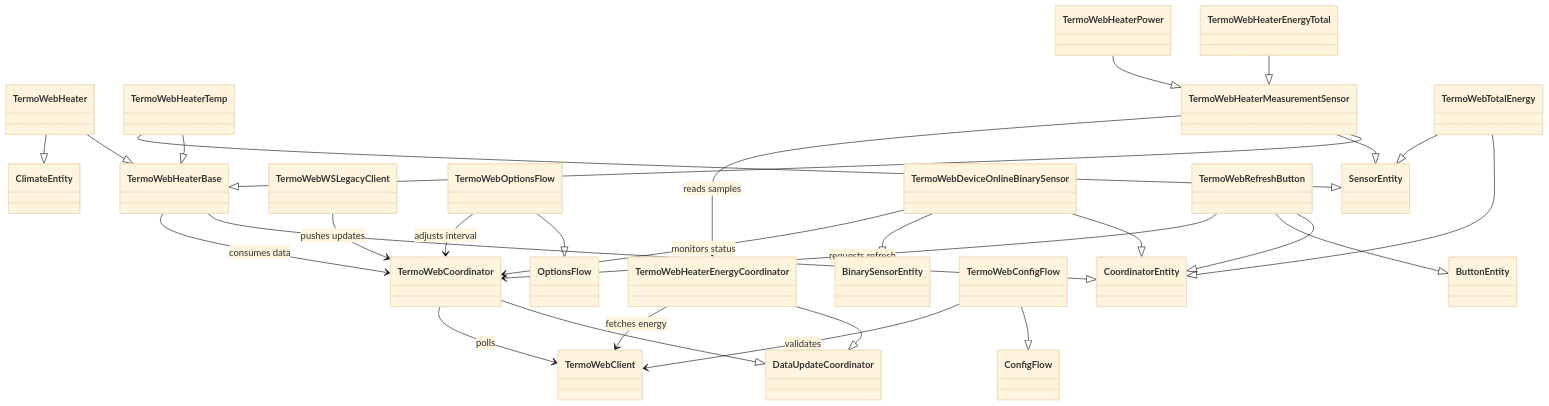
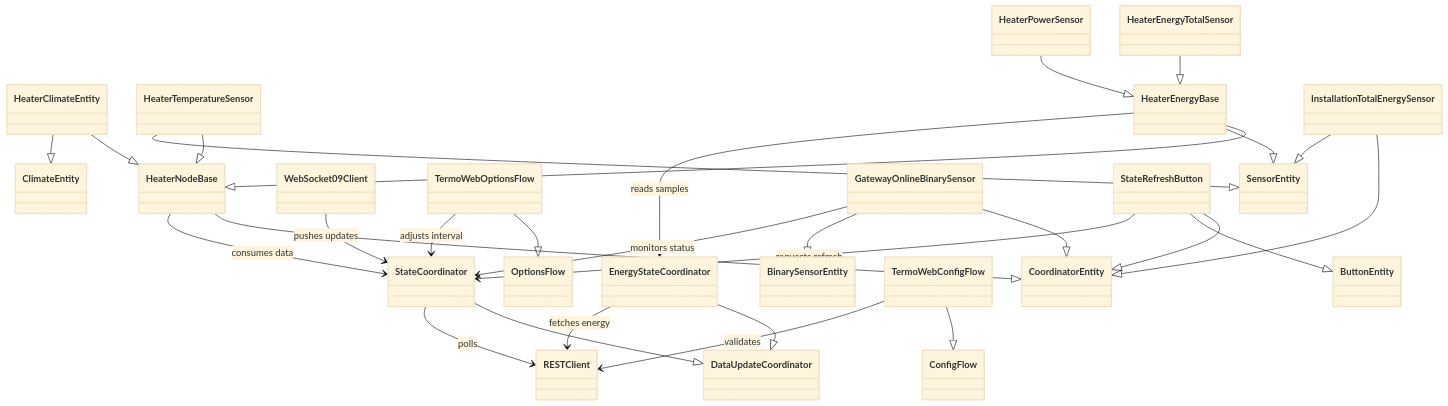
One commit to ha-termoweb/ha-termoweb changed the second of 2 diagrams in docs/architecture.md. Above: the diagram before and after it, drawn with Mermaid (base theme). The commit also changed other lines of this file and 23 other files, not shown here.

````diff
--- a/docs/architecture.md
+++ b/docs/architecture.md
@@ -103,61 +103,61 @@
 ```mermaid
 classDiagram
     %% Core Home Assistant base classes
     class ConfigFlow
     class OptionsFlow
     class DataUpdateCoordinator
     class CoordinatorEntity
     class ClimateEntity
     class SensorEntity
     class BinarySensorEntity
     class ButtonEntity
 
     %% Integration classes
-    class TermoWebClient
-    class TermoWebWSLegacyClient
+    class RESTClient
+    class WebSocket09Client
     class TermoWebConfigFlow
     class TermoWebOptionsFlow
-    class TermoWebCoordinator
-    class TermoWebHeaterEnergyCoordinator
-    class TermoWebHeaterBase
-    class TermoWebHeater
-    class TermoWebHeaterTemp
-    class TermoWebHeaterMeasurementSensor
-    class TermoWebHeaterEnergyTotal
-    class TermoWebHeaterPower
-    class TermoWebTotalEnergy
-    class TermoWebDeviceOnlineBinarySensor
-    class TermoWebRefreshButton
+    class StateCoordinator
+    class EnergyStateCoordinator
+    class HeaterNodeBase
+    class HeaterClimateEntity
+    class HeaterTemperatureSensor
+    class HeaterEnergyBase
+    class HeaterEnergyTotalSensor
+    class HeaterPowerSensor
+    class InstallationTotalEnergySensor
+    class GatewayOnlineBinarySensor
+    class StateRefreshButton
 
     %% Inheritance
     TermoWebConfigFlow --|> ConfigFlow
     TermoWebOptionsFlow --|> OptionsFlow
-    TermoWebCoordinator --|> DataUpdateCoordinator
-    TermoWebHeaterEnergyCoordinator --|> DataUpdateCoordinator
-    TermoWebHeaterBase --|> CoordinatorEntity
-    TermoWebHeater --|> TermoWebHeaterBase
-    TermoWebHeater --|> ClimateEntity
-    TermoWebHeaterTemp --|> TermoWebHeaterBase
-    TermoWebHeaterTemp --|> SensorEntity
-    TermoWebHeaterMeasurementSensor --|> TermoWebHeaterBase
-    TermoWebHeaterMeasurementSensor --|> SensorEntity
-    TermoWebHeaterEnergyTotal --|> TermoWebHeaterMeasurementSensor
-    TermoWebHeaterPower --|> TermoWebHeaterMeasurementSensor
-    TermoWebTotalEnergy --|> CoordinatorEntity
-    TermoWebTotalEnergy --|> SensorEntity
-    TermoWebDeviceOnlineBinarySensor --|> CoordinatorEntity
-    TermoWebDeviceOnlineBinarySensor --|> BinarySensorEntity
-    TermoWebRefreshButton --|> CoordinatorEntity
-    TermoWebRefreshButton --|> ButtonEntity
+    StateCoordinator --|> DataUpdateCoordinator
+    EnergyStateCoordinator --|> DataUpdateCoordinator
+    HeaterNodeBase --|> CoordinatorEntity
+    HeaterClimateEntity --|> HeaterNodeBase
+    HeaterClimateEntity --|> ClimateEntity
+    HeaterTemperatureSensor --|> HeaterNodeBase
+    HeaterTemperatureSensor --|> SensorEntity
+    HeaterEnergyBase --|> HeaterNodeBase
+    HeaterEnergyBase --|> SensorEntity
+    HeaterEnergyTotalSensor --|> HeaterEnergyBase
+    HeaterPowerSensor --|> HeaterEnergyBase
+    InstallationTotalEnergySensor --|> CoordinatorEntity
+    InstallationTotalEnergySensor --|> SensorEntity
+    GatewayOnlineBinarySensor --|> CoordinatorEntity
+    GatewayOnlineBinarySensor --|> BinarySensorEntity
+    StateRefreshButton --|> CoordinatorEntity
+    StateRefreshButton --|> ButtonEntity
 
     %% Usage relationships
-    TermoWebConfigFlow --> TermoWebClient : validates
-    TermoWebOptionsFlow --> TermoWebCoordinator : adjusts interval
-    TermoWebCoordinator --> TermoWebClient : polls
-    TermoWebHeaterEnergyCoordinator --> TermoWebClient : fetches energy
-    TermoWebWSLegacyClient --> TermoWebCoordinator : pushes updates
-    TermoWebHeaterBase --> TermoWebCoordinator : consumes data
-    TermoWebHeaterMeasurementSensor --> TermoWebHeaterEnergyCoordinator : reads samples
-    TermoWebDeviceOnlineBinarySensor --> TermoWebCoordinator : monitors status
-    TermoWebRefreshButton --> TermoWebCoordinator : requests refresh
+    TermoWebConfigFlow --> RESTClient : validates
+    TermoWebOptionsFlow --> StateCoordinator : adjusts interval
+    StateCoordinator --> RESTClient : polls
+    EnergyStateCoordinator --> RESTClient : fetches energy
+    WebSocket09Client --> StateCoordinator : pushes updates
+    HeaterNodeBase --> StateCoordinator : consumes data
+    HeaterEnergyBase --> EnergyStateCoordinator : reads samples
+    GatewayOnlineBinarySensor --> StateCoordinator : monitors status
+    StateRefreshButton --> StateCoordinator : requests refresh
 ```
````
